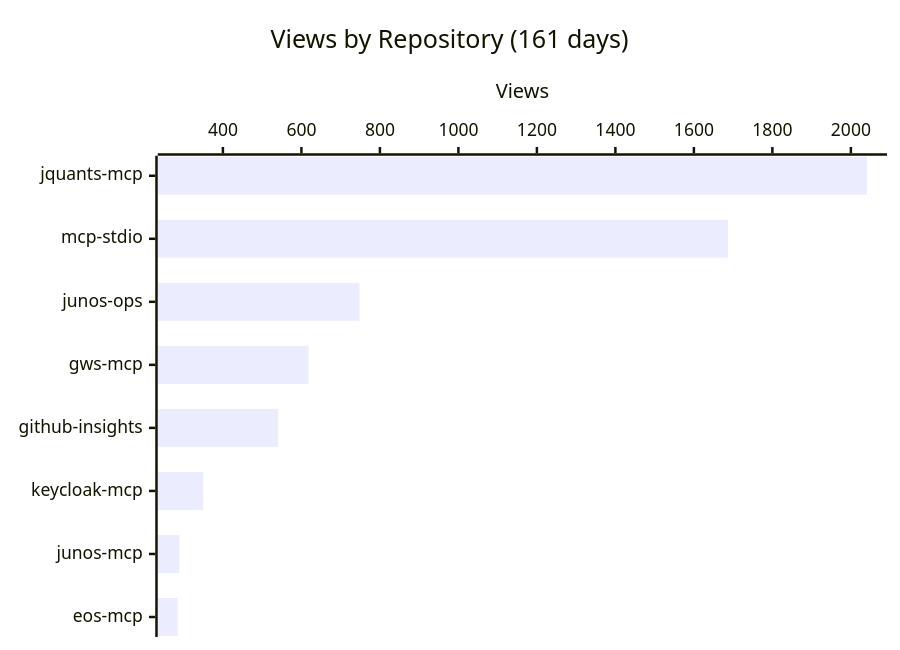
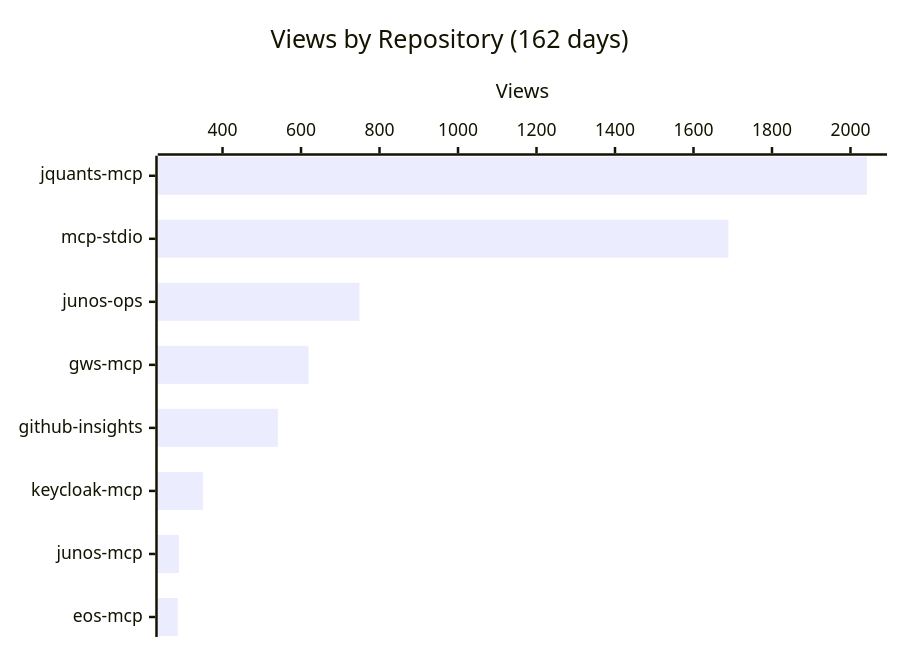
One commit to shigechika/github-insights changed the first of 4 diagrams in README.md. Above: the diagram before and after it, drawn with Mermaid. The commit also changed other lines of this file and 2 other files, not shown here.

````diff
--- a/README.md
+++ b/README.md
@@ -18,7 +18,7 @@
 ```mermaid
 xychart-beta horizontal
-    title "Views by Repository (161 days)"
+    title "Views by Repository (162 days)"
     x-axis ["jquants-mcp", "mcp-stdio", "junos-ops", "gws-mcp", "github-insights", "keycloak-mcp", "junos-mcp", "eos-mcp"]
     y-axis "Views"
-    bar [2041, 1687, 748, 618, 541, 350, 289, 285]
+    bar [2042, 1689, 749, 619, 541, 350, 289, 286]
 ```
````
